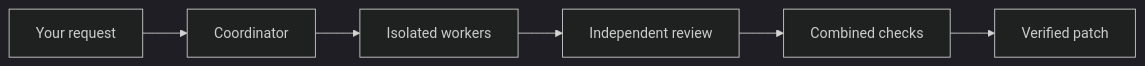
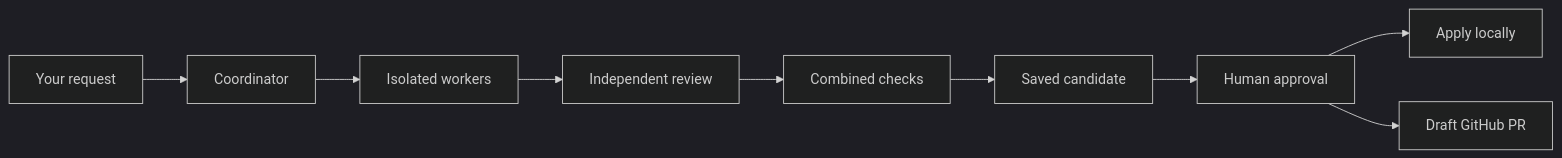
Before and after one commit to ysham123/Parallax: the diagram in README.md, drawn with Mermaid (dark theme). The commit also changed other lines of this file and 133 other files, not shown here.

````diff
--- a/README.md
+++ b/README.md
@@ -69,8 +74,11 @@
 ```mermaid
 flowchart LR
   Request[Your request] --> Plan[Coordinator]
   Plan --> Workers[Isolated workers]
   Workers --> Review[Independent review]
   Review --> Checks[Combined checks]
-  Checks --> Apply[Verified patch]
+  Checks --> Candidate[Saved candidate]
+  Candidate --> Approval[Human approval]
+  Approval --> Apply[Apply locally]
+  Approval --> PR[Draft GitHub PR]
 ```
````
